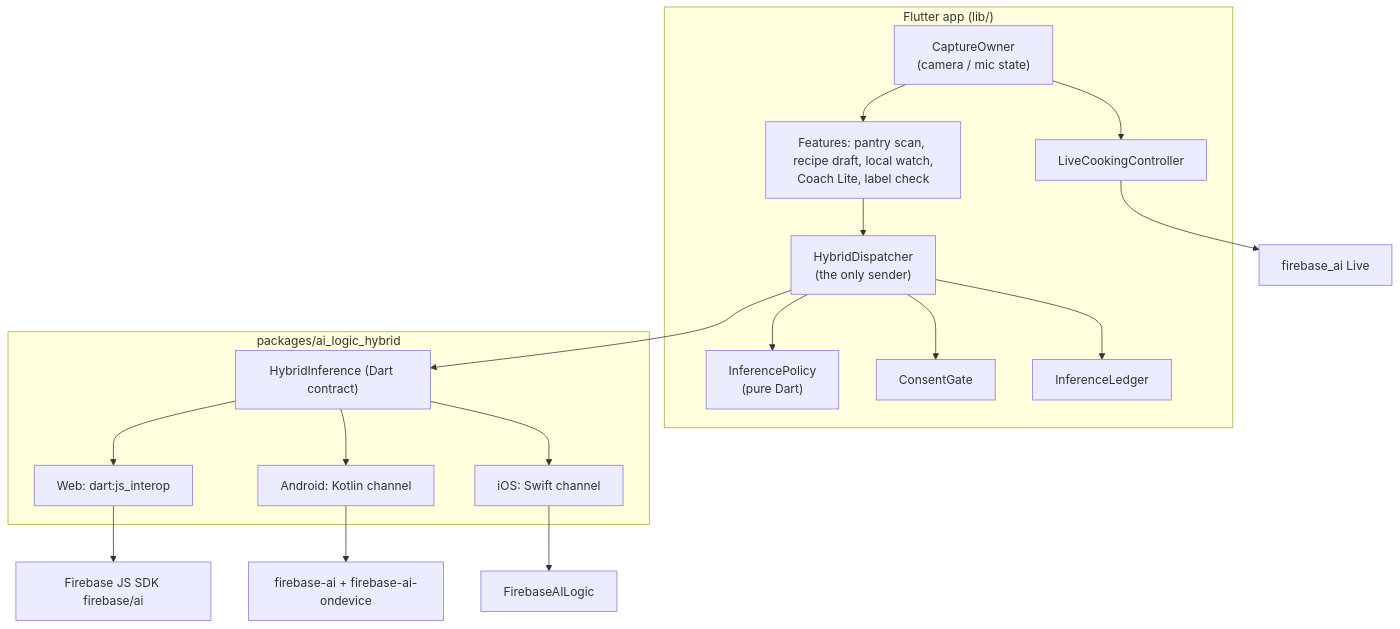
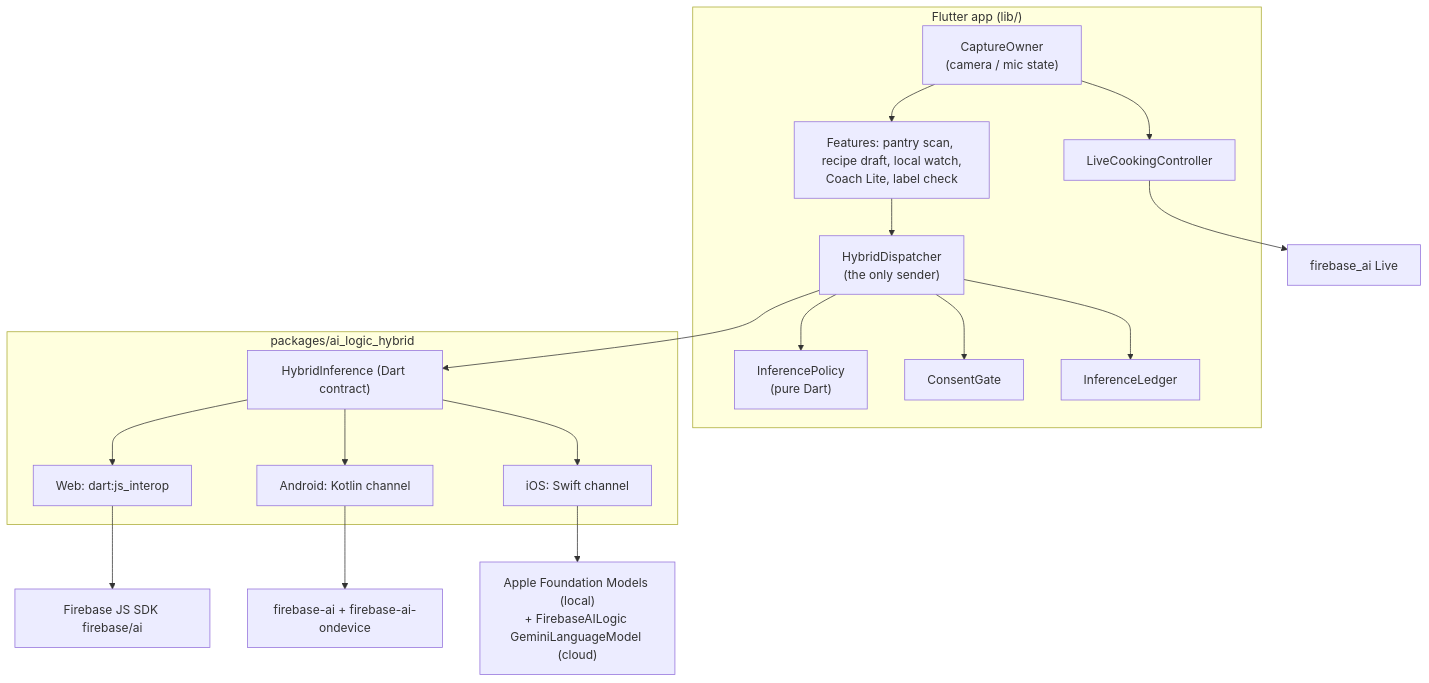
One commit to terryhh/SousSight changed the diagram in docs/buildhybridai/DESIGN.md. Above: the diagram before and after it, drawn with Mermaid. The commit also changed other lines of this file, not shown here.

````diff
--- a/docs/buildhybridai/DESIGN.md
+++ b/docs/buildhybridai/DESIGN.md
@@ -34,29 +39,29 @@
 ```mermaid
 flowchart TB
   subgraph App["Flutter app (lib/)"]
     F["Features: pantry scan, recipe draft, local watch,<br/>Coach Lite, label check"]
     D["HybridDispatcher<br/>(the only sender)"]
     P["InferencePolicy<br/>(pure Dart)"]
     C["ConsentGate"]
     L["InferenceLedger"]
     Cap["CaptureOwner<br/>(camera / mic state)"]
     Live["LiveCookingController"]
   end
   subgraph Plugin["packages/ai_logic_hybrid"]
     API["HybridInference (Dart contract)"]
     W["Web: dart:js_interop"]
     A["Android: Kotlin channel"]
     I["iOS: Swift channel"]
   end
   F --> D
   D --> P
   D --> C
   D --> L
   D --> API
   API --> W --> JS["Firebase JS SDK firebase/ai"]
   API --> A --> KT["firebase-ai + firebase-ai-ondevice"]
-  API --> I --> SW["FirebaseAILogic"]
+  API --> I --> SW["Apple Foundation Models (local)<br/>+ FirebaseAILogic GeminiLanguageModel (cloud)"]
   Cap --> Live
   Cap --> F
   Live --> FL["firebase_ai Live"]
 ```
````
